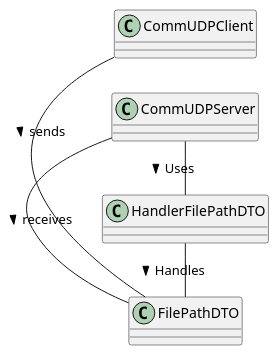
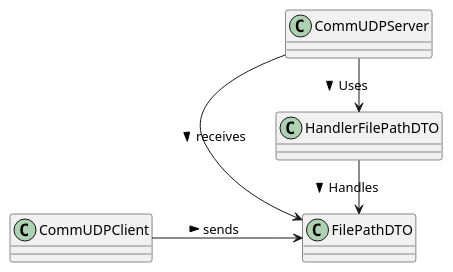
Before and after one commit to MikeTekOn/lapr4-2017-2dd: the diagram in src/main/java/lapr4/red/s3/ipc/n1150451/multipleRealtimeWorkbookSearch/udp_classDiagram.puml, drawn with PlantUML.

Commit message:
Bug fix in diagram

```diff
--- a/src/main/java/lapr4/red/s3/ipc/n1150451/multipleRealtimeWorkbookSearch/udp_classDiagram.puml
+++ b/src/main/java/lapr4/red/s3/ipc/n1150451/multipleRealtimeWorkbookSearch/udp_classDiagram.puml
@@ -1,13 +1,13 @@
 @startuml
 class CommUDPClient
 class CommUDPServer
 class FilePathDTO
 class HandlerFilePathDTO
 
-CommUDPClient - FilePathDTO : sends >
+CommUDPClient --> FilePathDTO : sends >
 left to right direction
-CommUDPServer - FilePathDTO : receives >
-HandlerFilePathDTO - FilePathDTO : Handles >
-CommUDPServer - HandlerFilePathDTO : Uses >
+CommUDPServer -> FilePathDTO : receives >
+HandlerFilePathDTO -> FilePathDTO : Handles >
+CommUDPServer -> HandlerFilePathDTO : Uses >
 
 @enduml
```
